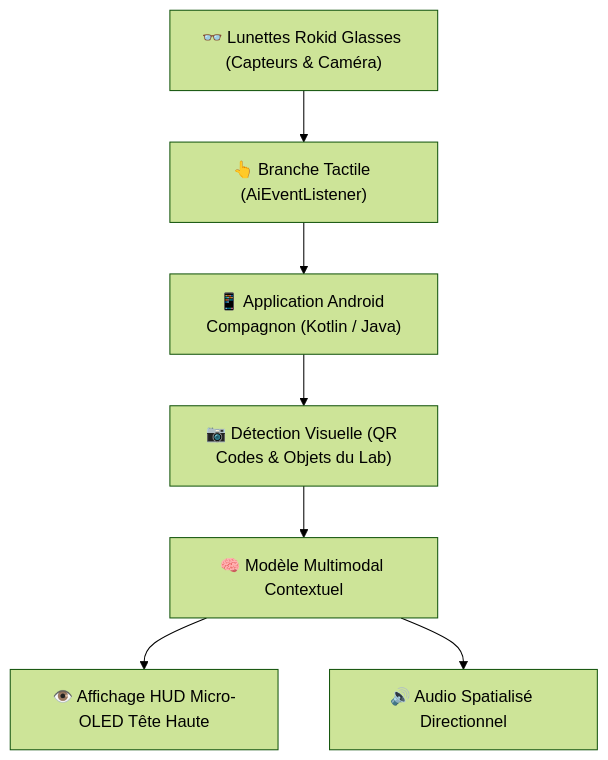
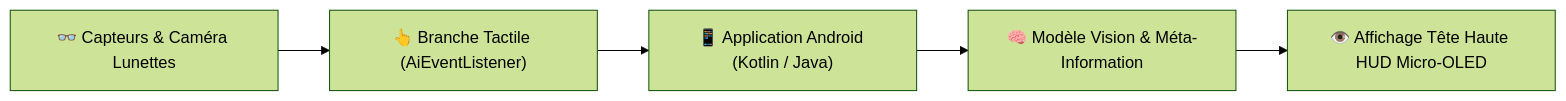
One commit to emiliejng/second-brain-Emilie changed the diagram in 01 - Projects/Stage OnePoint - AI Lab/Fiches Techniques/FT07 - Lunettes IA Rokid Glasses et Wearables.md. Above: the diagram before and after it, drawn with Mermaid (forest theme). The commit also changed other lines of this file and 4 other files, not shown here.

````diff
--- a/01 - Projects/Stage OnePoint - AI Lab/Fiches Techniques/FT07 - Lunettes IA Rokid Glasses et Wearables.md
+++ b/01 - Projects/Stage OnePoint - AI Lab/Fiches Techniques/FT07 - Lunettes IA Rokid Glasses et Wearables.md
@@ -35,9 +40,7 @@
 ```mermaid
-flowchart TD
-    A["👓 Lunettes Rokid Glasses (Capteurs & Caméra)"] --> B["👆 Branche Tactile (AiEventListener)"]
-    B --> C["📱 Application Android Compagnon (Kotlin / Java)"]
-    C --> D["📷 Détection Visuelle (QR Codes & Objets du Lab)"]
-    D --> E["🧠 Modèle Multimodal Contextuel"]
-    E --> F["👁️ Affichage HUD Micro-OLED Tête Haute"]
-    E --> G["🔊 Audio Spatialisé Directionnel"]
+flowchart LR
+    A["👓 Capteurs & Caméra Lunettes"] --> B["👆 Branche Tactile (AiEventListener)"]
+    B --> C["📱 Application Android (Kotlin / Java)"]
+    C --> D["🧠 Modèle Vision & Méta-Information"]
+    D --> E["👁️ Affichage Tête Haute HUD Micro-OLED"]
 ```
````
